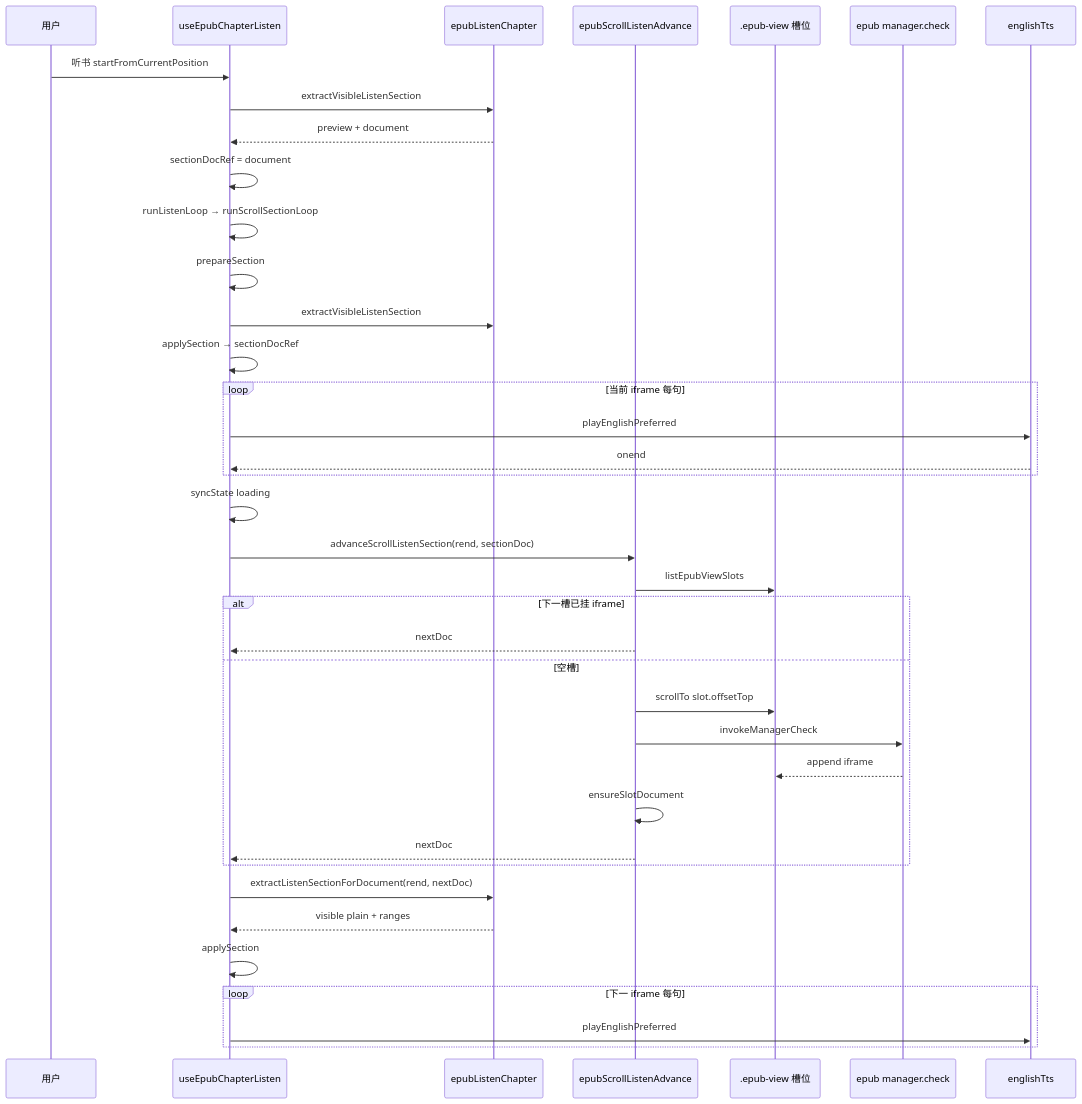
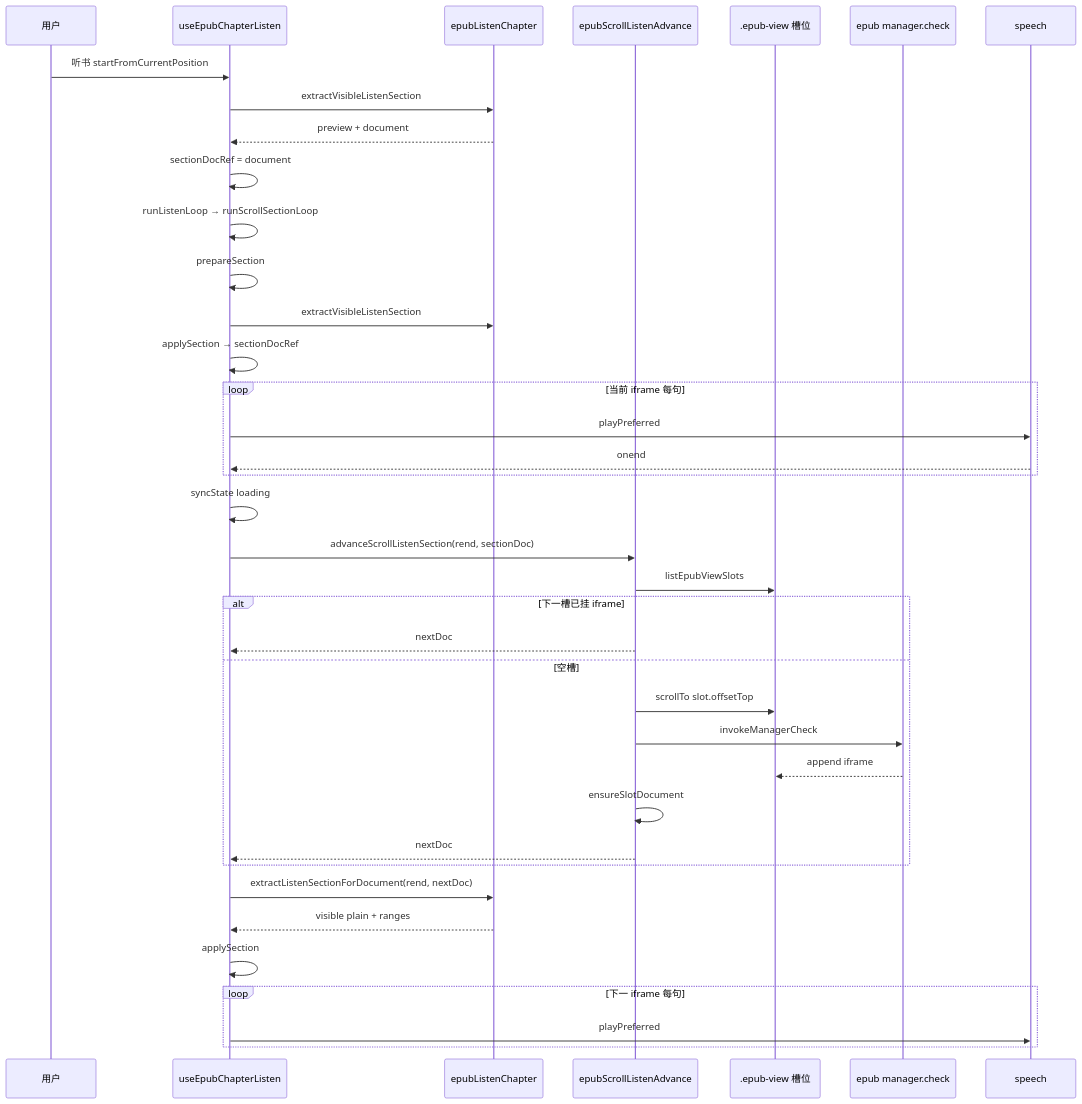
One commit to dnhyxc/dnhyxc-ai changed the third of 5 diagrams in docs/ideas/epub-scroll-multi-iframe-listen.md. Above: the diagram before and after it, drawn with Mermaid. The commit also changed other lines of this file and 111 other files, not shown here.

````diff
--- a/docs/ideas/epub-scroll-multi-iframe-listen.md
+++ b/docs/ideas/epub-scroll-multi-iframe-listen.md
@@ -276,44 +276,44 @@
 ```mermaid
 sequenceDiagram
   participant U as 用户
   participant H as useEpubChapterListen
   participant E as epubListenChapter
   participant A as epubScrollListenAdvance
   participant DOM as .epub-view 槽位
   participant M as epub manager.check
-  participant T as englishTts
+  participant T as speech
 
   U->>H: 听书 startFromCurrentPosition
   H->>E: extractVisibleListenSection
   E-->>H: preview + document
   H->>H: sectionDocRef = document
   H->>H: runListenLoop → runScrollSectionLoop
 
   H->>H: prepareSection
   H->>E: extractVisibleListenSection
   H->>H: applySection → sectionDocRef
   loop 当前 iframe 每句
-    H->>T: playEnglishPreferred
+    H->>T: playPreferred
     T-->>H: onend
   end
 
   H->>H: syncState loading
   H->>A: advanceScrollListenSection(rend, sectionDoc)
   A->>DOM: listEpubViewSlots
   alt 下一槽已挂 iframe
     A-->>H: nextDoc
   else 空槽
     A->>DOM: scrollTo slot.offsetTop
     A->>M: invokeManagerCheck
     M-->>DOM: append iframe
     A->>A: ensureSlotDocument
     A-->>H: nextDoc
   end
 
   H->>E: extractListenSectionForDocument(rend, nextDoc)
   E-->>H: visible plain + ranges
   H->>H: applySection
   loop 下一 iframe 每句
-    H->>T: playEnglishPreferred
+    H->>T: playPreferred
   end
 ```
````
